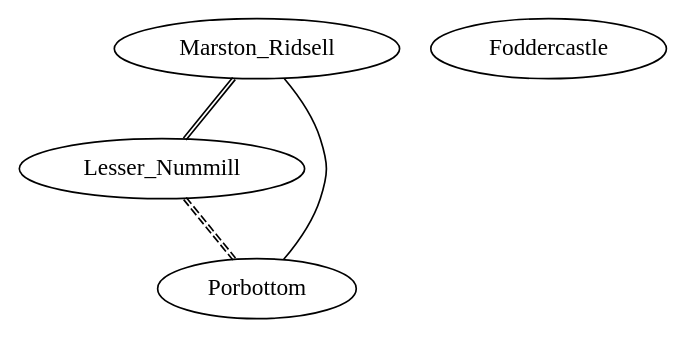
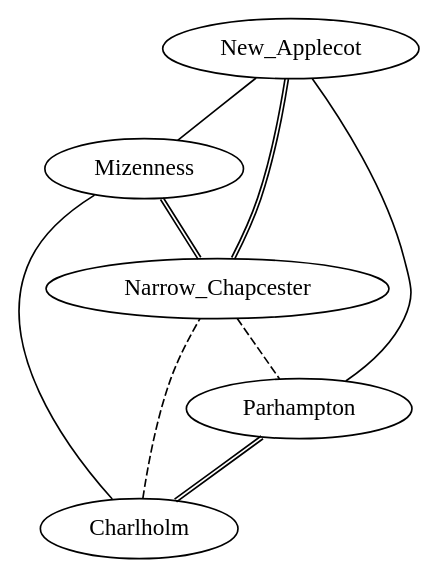
The diagram in OOSE Assingment 2 v2/simoutput.dot (ElitePengui37/Object_Oriented_Software_Engineering_Assignment2), drawn with Graphviz before and after one commit. The commit also changed 21 other files, not shown here.

```diff
--- a/OOSE Assingment 2 v2/simoutput.dot
+++ b/OOSE Assingment 2 v2/simoutput.dot
@@ -1,10 +1,16 @@
 graph Towns {
-	Marston_Ridsell
-	Porbottom
-	Lesser_Nummill
-	Foddercastle
+	Mizenness
+	Narrow_Chapcester
+	New_Applecot
+	Parhampton
+	Charlholm
 
-	Porbottom -- Marston_Ridsell
-	Marston_Ridsell -- Lesser_Nummill [color="black:black"]
-	Lesser_Nummill -- Porbottom [style="dashed",color="black:black"]
+	Mizenness -- Narrow_Chapcester [color="black:black"]
+	New_Applecot -- Narrow_Chapcester [color="black:black"]
+	New_Applecot -- Mizenness
+	New_Applecot -- Parhampton
+	Mizenness -- Charlholm
+	Parhampton -- Charlholm [color="black:black"]
+	Charlholm -- Narrow_Chapcester [style="dashed"]
+	Narrow_Chapcester -- Parhampton [style="dashed"]
 }
```
